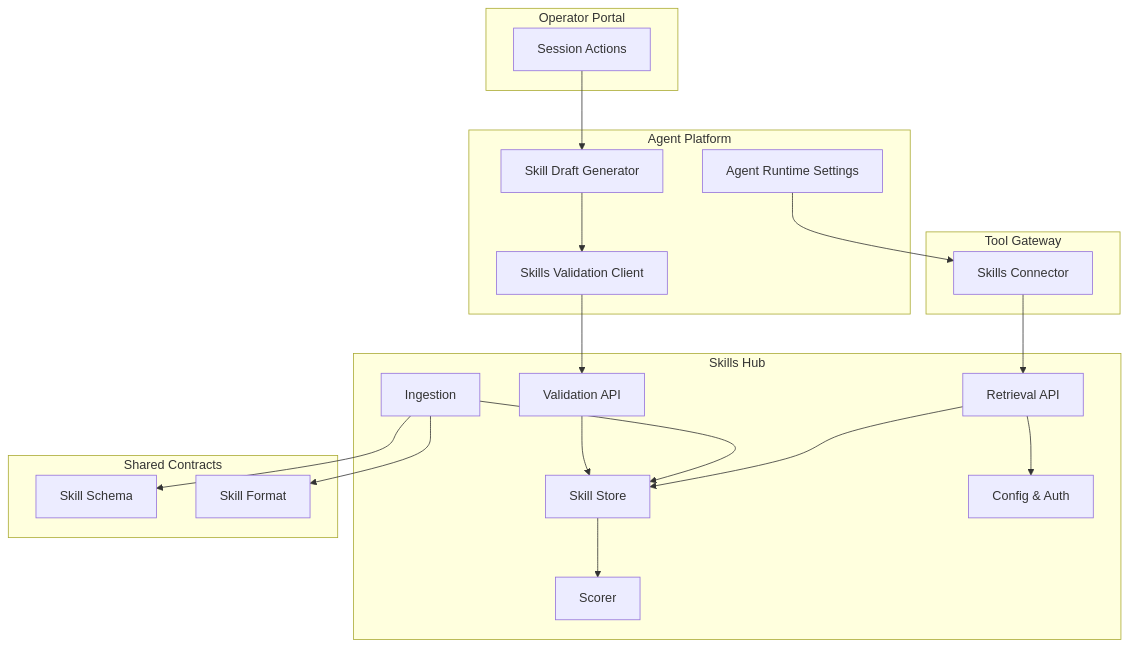
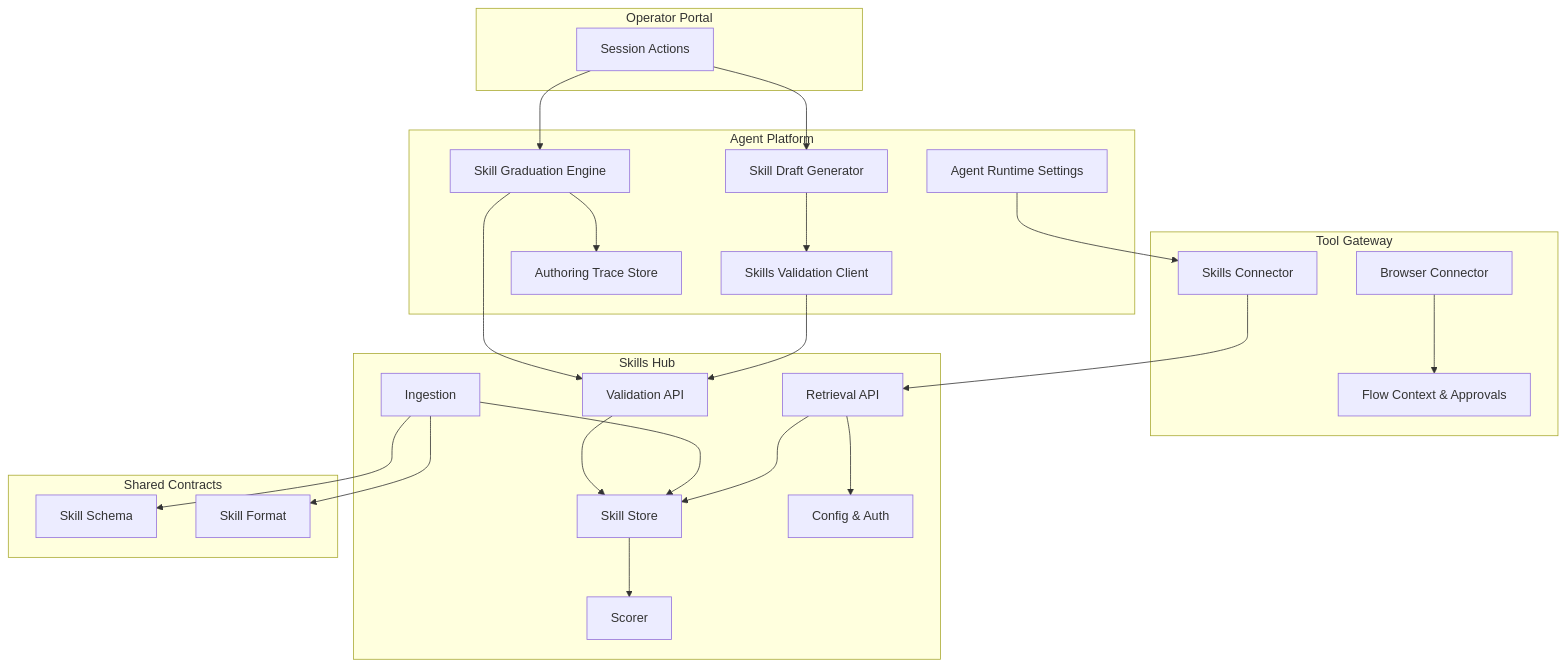
Before and after one commit to metasync/luban-aiops: the first of 14 diagrams in .qoder/repowiki/en/content/Architecture Documentation/SPEC-014_ Skills and Grounded Guidance Specification.md, drawn with Mermaid. The commit also changed other lines of this file and 6 other files, not shown here.

````diff
--- a/.qoder/repowiki/en/content/Architecture Documentation/SPEC-014_ Skills and Grounded Guidance Specification.md
+++ b/.qoder/repowiki/en/content/Architecture Documentation/SPEC-014_ Skills and Grounded Guidance Specification.md
@@ -73,38 +86,46 @@
 ```mermaid
 graph TB
 subgraph "Agent Platform"
 AP["Agent Runtime Settings"]
 SDG["Skill Draft Generator"]
 SC["Skills Validation Client"]
+SG["Skill Graduation Engine"]
+AT["Authoring Trace Store"]
 end
 subgraph "Tool Gateway"
 TG["Skills Connector"]
+BC["Browser Connector"]
+FC["Flow Context & Approvals"]
 end
 subgraph "Skills Hub"
 SH_API["Retrieval API"]
 SH_VAL["Validation API"]
 SH_ING["Ingestion"]
 SH_STORE["Skill Store"]
 SH_SCORE["Scorer"]
 SH_CFG["Config & Auth"]
 end
 subgraph "Operator Portal"
 OP["Session Actions"]
 end
 subgraph "Shared Contracts"
 SCHEMA["Skill Schema"]
 FORMAT["Skill Format"]
 end
 AP --> TG
 TG --> SH_API
 SH_API --> SH_STORE
 SH_STORE --> SH_SCORE
 SH_ING --> SH_STORE
 SH_API --> SH_CFG
 SH_VAL --> SH_STORE
 SDG --> SC
 SC --> SH_VAL
+SG --> AT
+SG --> SH_VAL
 OP --> SDG
+OP --> SG
 SH_ING --> SCHEMA
 SH_ING --> FORMAT
+BC --> FC
 ```
````
